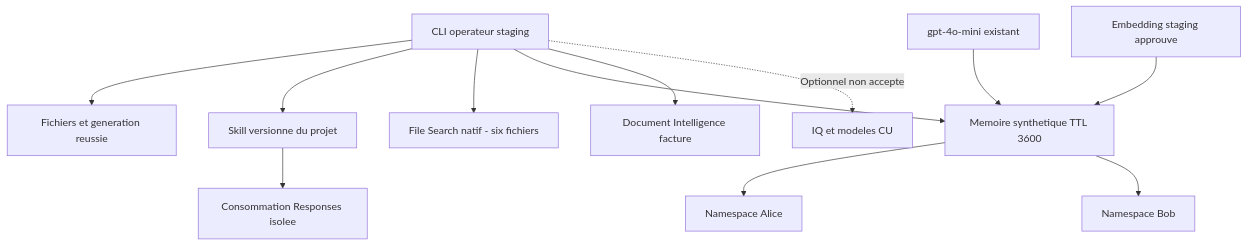
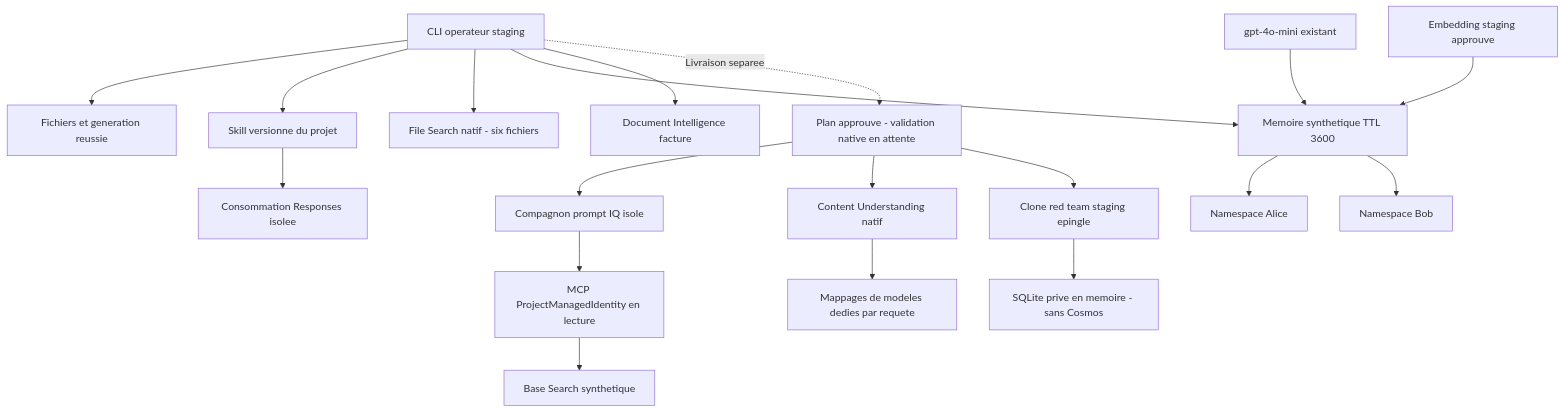
The fifth of 7 diagrams in docs/fr/architecture.md (devopsabcs-engineering/foundry-hosted-agents-fsi), drawn with Mermaid before and after one commit. The commit also changed other lines of this file and 17 other files, not shown here.

````diff
--- a/docs/fr/architecture.md
+++ b/docs/fr/architecture.md
@@ -258,15 +258,22 @@
 ```mermaid
 flowchart TD
     KOperator["CLI operateur staging"]
     KOperator --> KFiles["Fichiers et generation reussie"]
     KOperator --> KSkill["Skill versionne du projet"]
     KSkill --> KRuntime["Consommation Responses isolee"]
     KOperator --> KSearch["File Search natif - six fichiers"]
     KOperator --> KMemory["Memoire synthetique TTL 3600"]
     KModel["gpt-4o-mini existant"] --> KMemory
     KEmbedding["Embedding staging approuve"] --> KMemory
     KMemory --> KAlice["Namespace Alice"]
     KMemory --> KBob["Namespace Bob"]
     KOperator --> KInvoice["Document Intelligence facture"]
-    KOperator -.->|"Optionnel non accepte"| KOptional["IQ et modeles CU"]
+    KOperator -.->|"Livraison separee"| KExtension["Plan approuve - validation native en attente"]
+    KExtension --> KIQ["Compagnon prompt IQ isole"]
+    KIQ --> KConnection["MCP ProjectManagedIdentity en lecture"]
+    KConnection --> KKnowledge["Base Search synthetique"]
+    KExtension --> KCU["Content Understanding natif"]
+    KCU --> KCUModels["Mappages de modeles dedies par requete"]
+    KExtension --> KShadow["Clone red team staging epingle"]
+    KShadow --> KPrivate["SQLite prive en memoire - sans Cosmos"]
 ```
````
